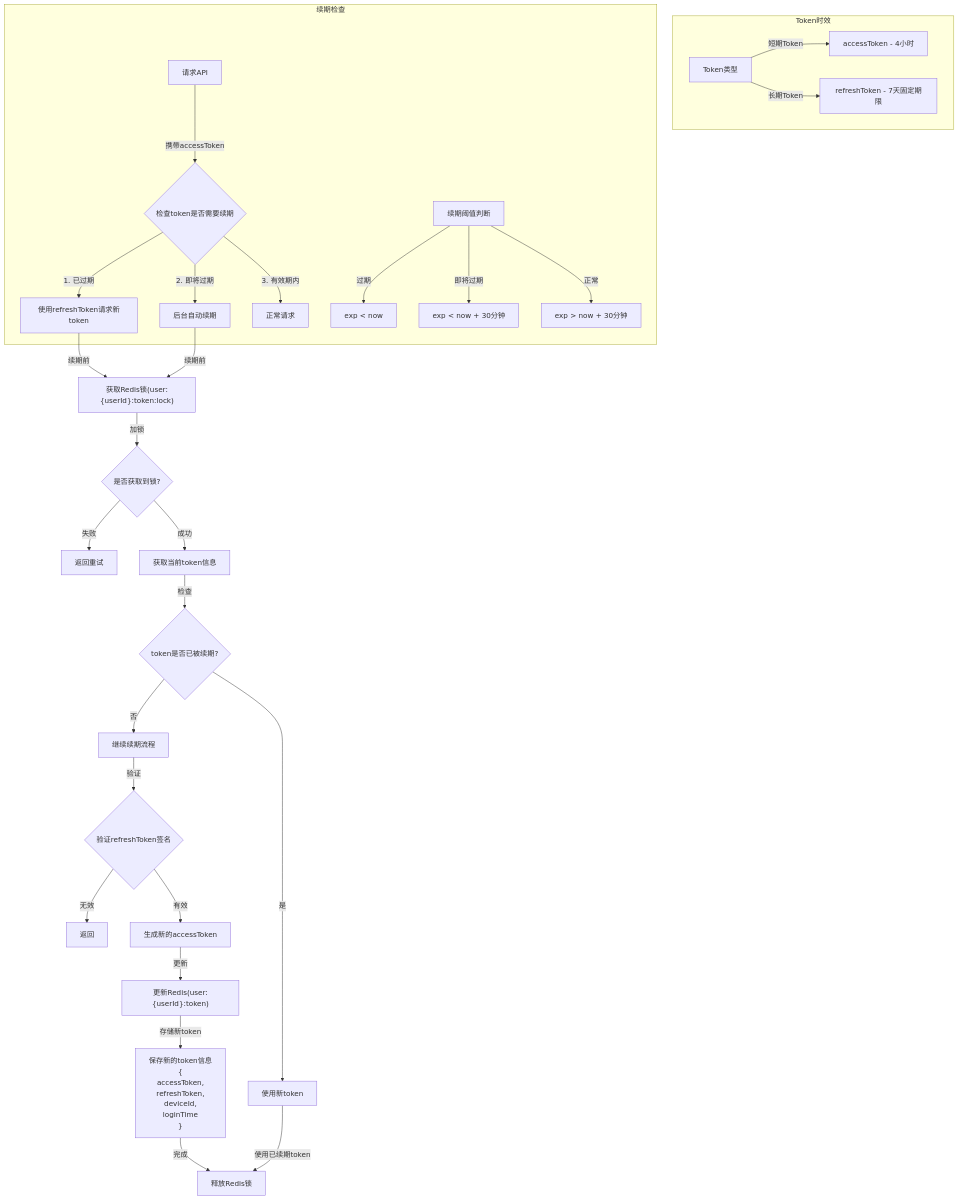
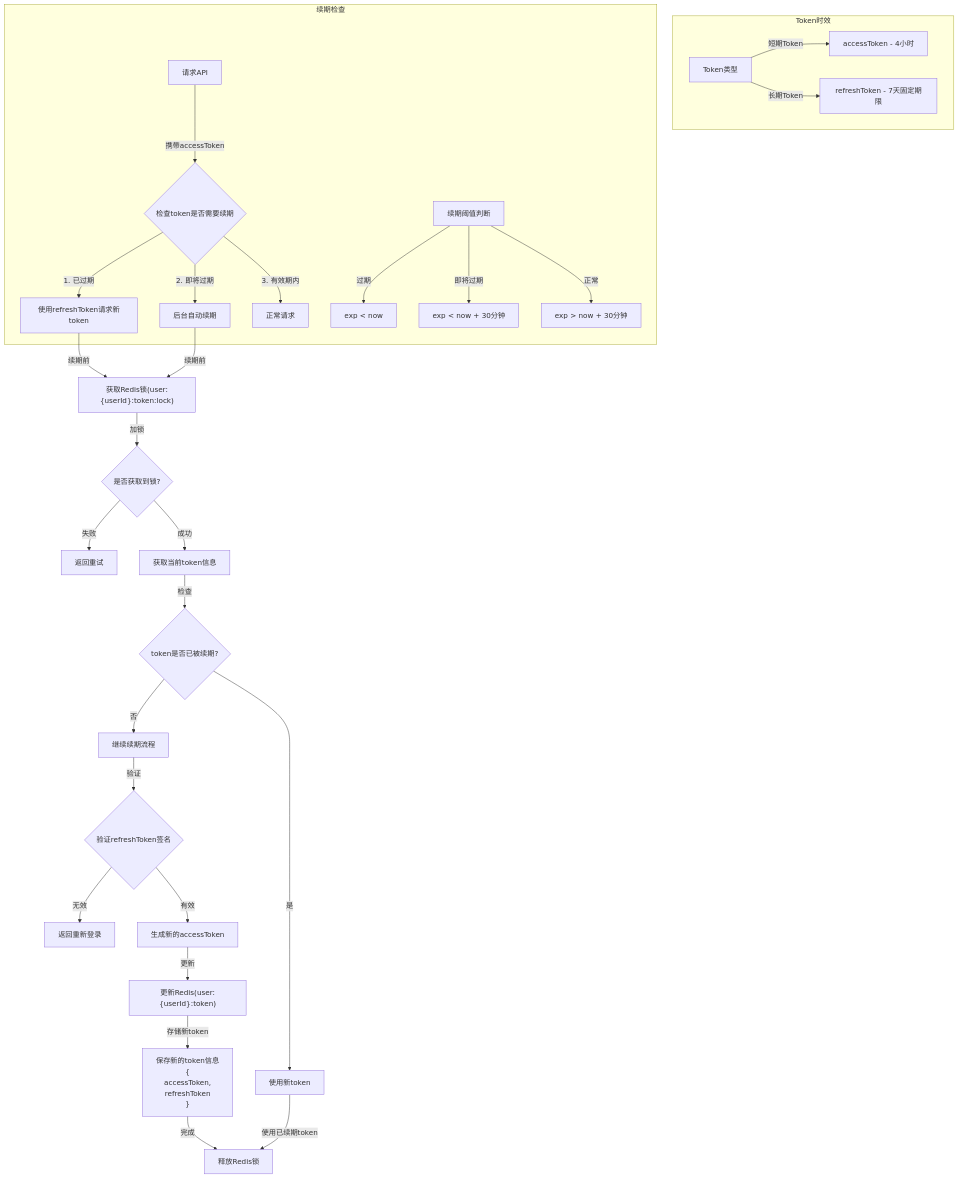
Before and after one commit to yingjianzh/iodraw-files: the diagram in all/考虑修改-15.md, drawn with Mermaid.

Commit message:
2025-01-03 09:50:17 update

````diff
--- a/all/考虑修改-15.md
+++ b/all/考虑修改-15.md
@@ -1,48 +1,46 @@
 ```mermaid
 flowchart TD
     subgraph Token时效
         A[Token类型] -->|短期Token| B[accessToken - 4小时]
         A -->|长期Token| C[refreshToken - 7天固定期限]
     end
 
     subgraph 续期检查
         F[请求API] -->|携带accessToken| G{检查token是否需要续期}
         G -->|1. 已过期| H[使用refreshToken请求新token]
         G -->|2. 即将过期| I[后台自动续期]
         G -->|3. 有效期内| J[正常请求]
         
         %% 续期阈值判断
         K[续期阈值判断]
         K -->|过期| L[exp < now]
         K -->|即将过期| M[exp < now + 30分钟]
         K -->|正常| N[exp > now + 30分钟]
     end
 
     %% 并发控制和续期流程
     H & I -->|续期前| LC["获取Redis锁(user:{userId}:token:lock)"]
     LC -->|加锁| LD{是否获取到锁?}
     LD -->|失败| LE[返回重试]
     LD -->|成功| LF[获取当前token信息]
     LF -->|检查| LG{token是否已被续期?}
     LG -->|是| LH[使用新token]
     LG -->|否| LI[继续续期流程]   
 
     %% Token验证和生成
     LI -->|验证| O{验证refreshToken签名}
-    O -->|无效| P[返回]
+    O -->|无效| P[返回重新登录]
     O -->|有效| Q[生成新的accessToken]
     
     %% 更新Redis存储
     Q -->|更新| R["更新Redis(user:{userId}:token)"]
     R -->|存储新token| S["保存新的token信息 
     {
         accessToken,
-        refreshToken,
-        deviceId,
-        loginTime
+        refreshToken
     }"]
 
     %% 释放锁
     S -->|完成| T[释放Redis锁]
     LH -->|使用已续期token| T
 ```
````
